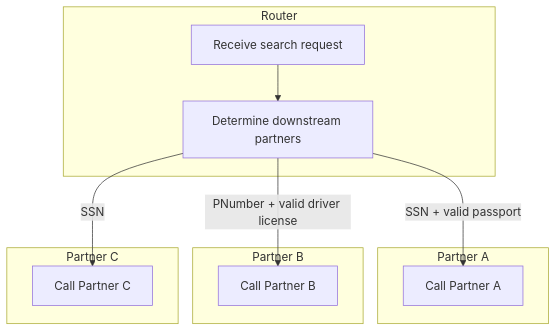
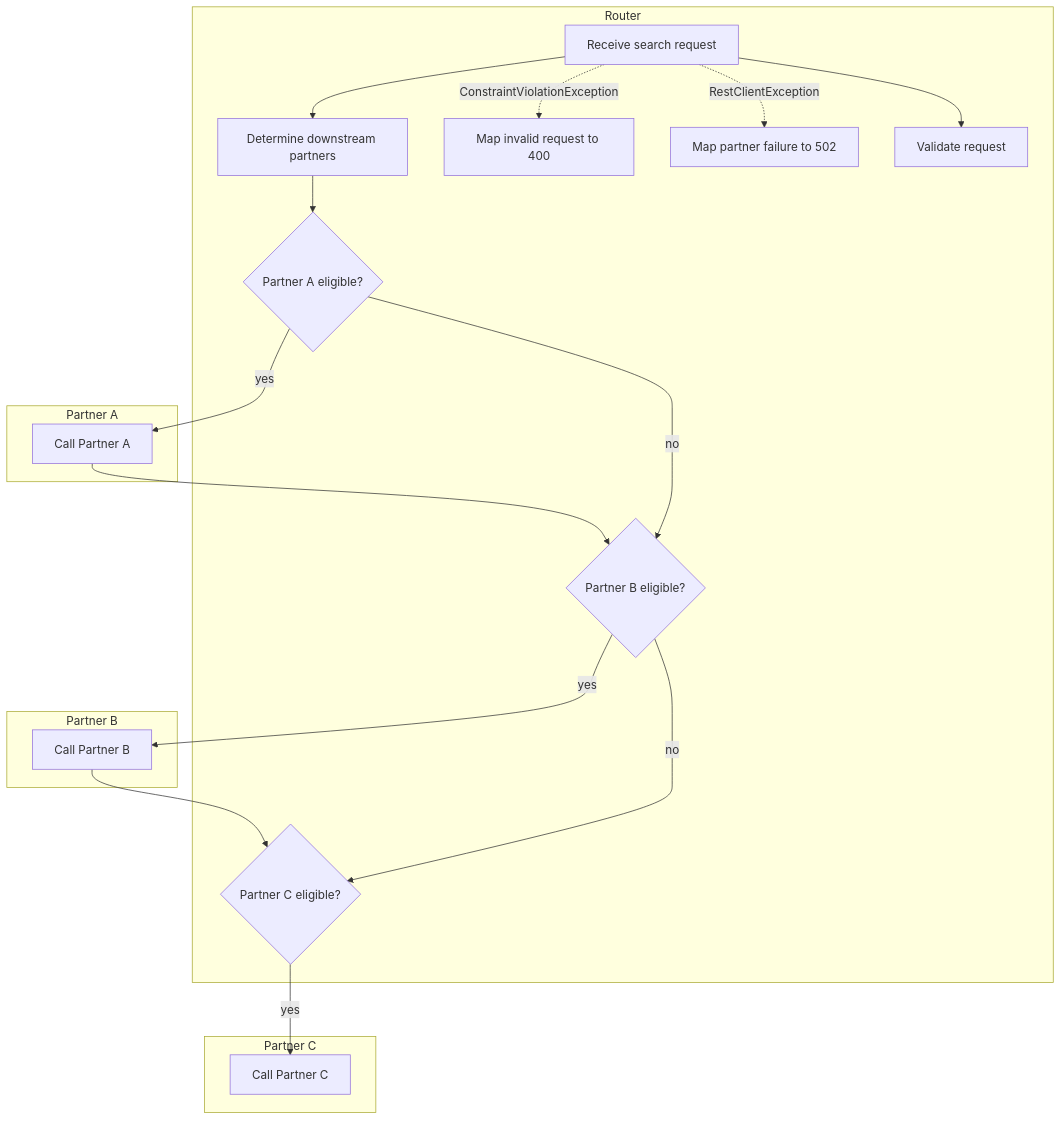
The diagram in main-app/docs/flow.mmd (jwdomes/automockit), drawn with Mermaid before and after one commit. The commit also changed 45 other files, not shown here.

```diff
--- a/main-app/docs/flow.mmd
+++ b/main-app/docs/flow.mmd
@@ -1,18 +1,32 @@
 flowchart TD
     subgraph ROUTER["Router"]
         determine_downstream_partners["Determine downstream partners"]
+        map_invalid_request_to_400["Map invalid request to 400"]
+        map_partner_failure_to_502["Map partner failure to 502"]
+        partner_a_eligible{"Partner A eligible?"}
+        partner_b_eligible{"Partner B eligible?"}
+        partner_c_eligible{"Partner C eligible?"}
         receive_search_request["Receive search request"]
+        validate_request["Validate request"]
     end
     subgraph PARTNER_A["Partner A"]
         call_partner_a["Call Partner A"]
     end
     subgraph PARTNER_B["Partner B"]
         call_partner_b["Call Partner B"]
     end
     subgraph PARTNER_C["Partner C"]
         call_partner_c["Call Partner C"]
     end
-    determine_downstream_partners -->|"PNumber + valid driver license"| call_partner_b
-    determine_downstream_partners -->|"SSN + valid passport"| call_partner_a
-    determine_downstream_partners -->|"SSN"| call_partner_c
+    call_partner_a --> partner_b_eligible
+    call_partner_b --> partner_c_eligible
+    determine_downstream_partners --> partner_a_eligible
+    partner_a_eligible -->|no| partner_b_eligible
+    partner_a_eligible -->|yes| call_partner_a
+    partner_b_eligible -->|no| partner_c_eligible
+    partner_b_eligible -->|yes| call_partner_b
+    partner_c_eligible -->|yes| call_partner_c
     receive_search_request --> determine_downstream_partners
+    receive_search_request --> validate_request
+    receive_search_request -.->|"ConstraintViolationException"| map_invalid_request_to_400
+    receive_search_request -.->|"RestClientException"| map_partner_failure_to_502
```
